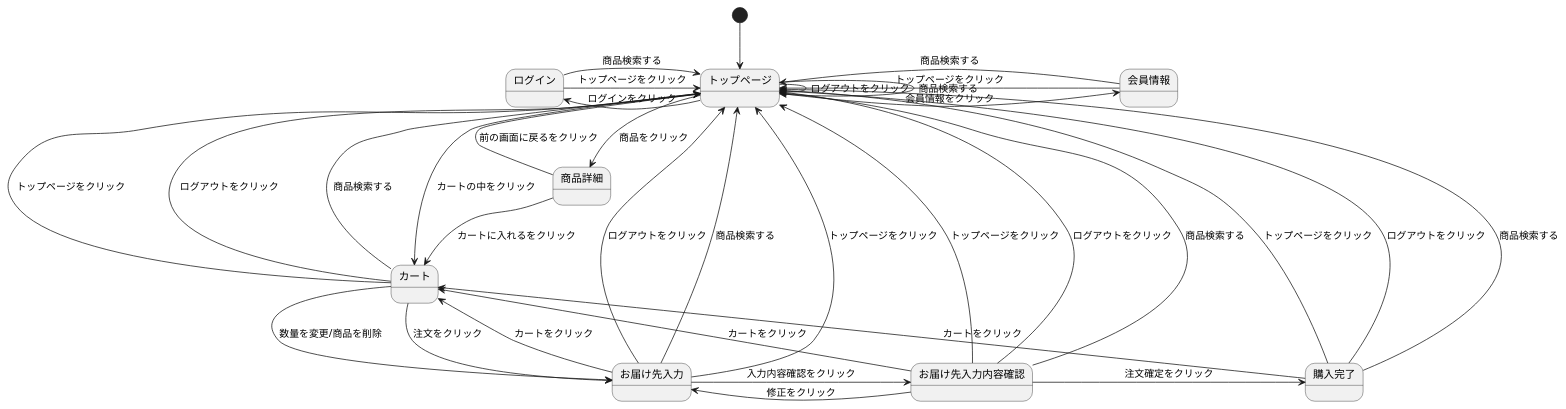
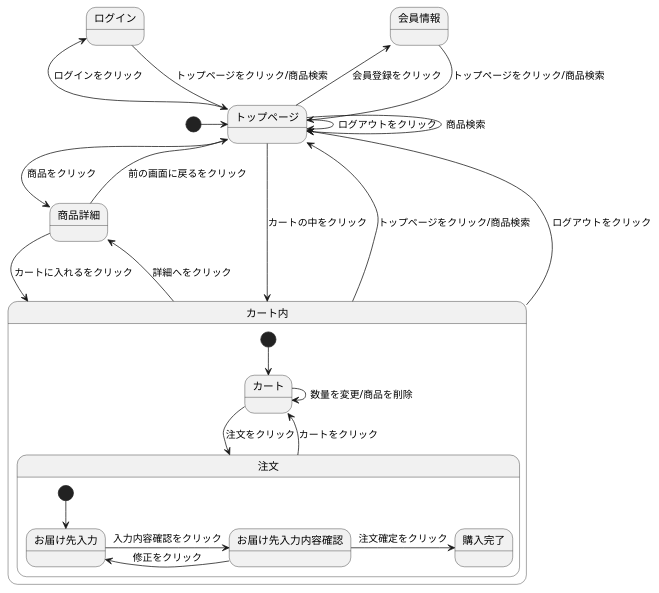
The diagram in state.md (masatokg/2021sys-design), drawn with PlantUML before and after one commit.

````diff
--- a/state.md
+++ b/state.md
@@ -1,37 +1,31 @@
 ```uml
 @startuml
-[*] --> トップページ
+[*] -> トップページ
+会員情報 --> トップページ : トップページをクリック/商品検索
+ログイン --> トップページ : トップページをクリック/商品検索
 トップページ -> トップページ : ログアウトをクリック
-トップページ -> トップページ : 商品検索する
-トップページ -> 会員情報 : 会員情報をクリック
+トップページ -> トップページ : 商品検索
 トップページ -> 商品詳細 : 商品をクリック
-商品詳細 --> カート : カートに入れるをクリック
+トップページ -left-> 会員情報 : 会員登録をクリック
+トップページ -left-> ログイン : ログインをクリック
+トップページ --> カート内 : カートの中をクリック
+商品詳細 --> カート内 : カートに入れるをクリック
 商品詳細 --> トップページ : 前の画面に戻るをクリック
-会員情報 -> トップページ : トップページをクリック
-会員情報 -> トップページ : 商品検索する
-トップページ -left-> ログイン : ログインをクリック
-ログイン -> トップページ : トップページをクリック
-ログイン -> トップページ : 商品検索する
-トップページ --> カート : カートの中をクリック
-カート -> トップページ : トップページをクリック
-カート -> お届け先入力 : 数量を変更/商品を削除
-カート -> お届け先入力 : 注文をクリック
-カート -> トップページ : ログアウトをクリック
-カート -> トップページ : 商品検索する
-お届け先入力 --> トップページ : トップページをクリック
-お届け先入力 --> カート : カートをクリック
-お届け先入力 -> お届け先入力内容確認 : 入力内容確認をクリック
-お届け先入力 -> トップページ : ログアウトをクリック
-お届け先入力 -> トップページ : 商品検索する
-お届け先入力内容確認 -> トップページ : トップページをクリック
-お届け先入力内容確認 -> カート : カートをクリック
-お届け先入力内容確認 -> お届け先入力 : 修正をクリック
-お届け先入力内容確認 -> 購入完了 : 注文確定をクリック
-お届け先入力内容確認 -> トップページ : ログアウトをクリック
-お届け先入力内容確認 -> トップページ : 商品検索する
-購入完了 -> トップページ : トップページをクリック
-購入完了 -> カート : カートをクリック
-購入完了 -> トップページ : ログアウトをクリック
-購入完了 -> トップページ : 商品検索する
+カート内 -up-> トップページ : トップページをクリック/商品検索
+カート内 -up-> トップページ : ログアウトをクリック
+カート内 -> 商品詳細 : 詳細へをクリック
+
+state カート内 {
+  [*] --> カート
+  カート -> 注文 : 注文をクリック
+  カート -> カート : 数量を変更/商品を削除
+  注文 --> カート : カートをクリック
+  state 注文 {
+    [*] --> お届け先入力
+    お届け先入力 -> お届け先入力内容確認 : 入力内容確認をクリック
+    お届け先入力内容確認 -> お届け先入力 : 修正をクリック
+    お届け先入力内容確認 -> 購入完了 : 注文確定をクリック
+  }
+}
 @enduml
 ```
````
